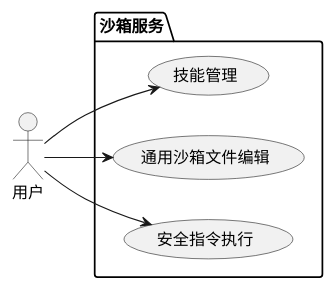
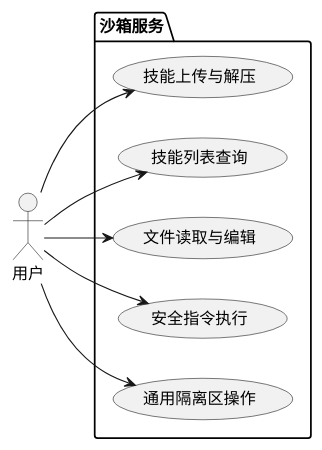
Before and after one commit to Cogather/FileSecBoxService: the first of 3 diagrams in DESIGN.md, drawn with PlantUML. The commit also changed other lines of this file and 8 other files, not shown here.

````diff
--- a/DESIGN.md
+++ b/DESIGN.md
@@ -13,14 +13,18 @@
 ```plantuml
 @startuml
 left to right direction
 actor "用户" as user
 package "沙箱服务" {
-  usecase "技能管理" as UC1
-  usecase "通用沙箱文件编辑" as UC2
-  usecase "安全指令执行" as UC3
+  usecase "技能上传与解压" as UC1
+  usecase "技能列表查询" as UC2
+  usecase "文件读取与编辑" as UC3
+  usecase "安全指令执行" as UC4
+  usecase "通用隔离区操作" as UC5
 }
 user --> UC1
 user --> UC2
 user --> UC3
+user --> UC4
+user --> UC5
 @endum
 ```
````
